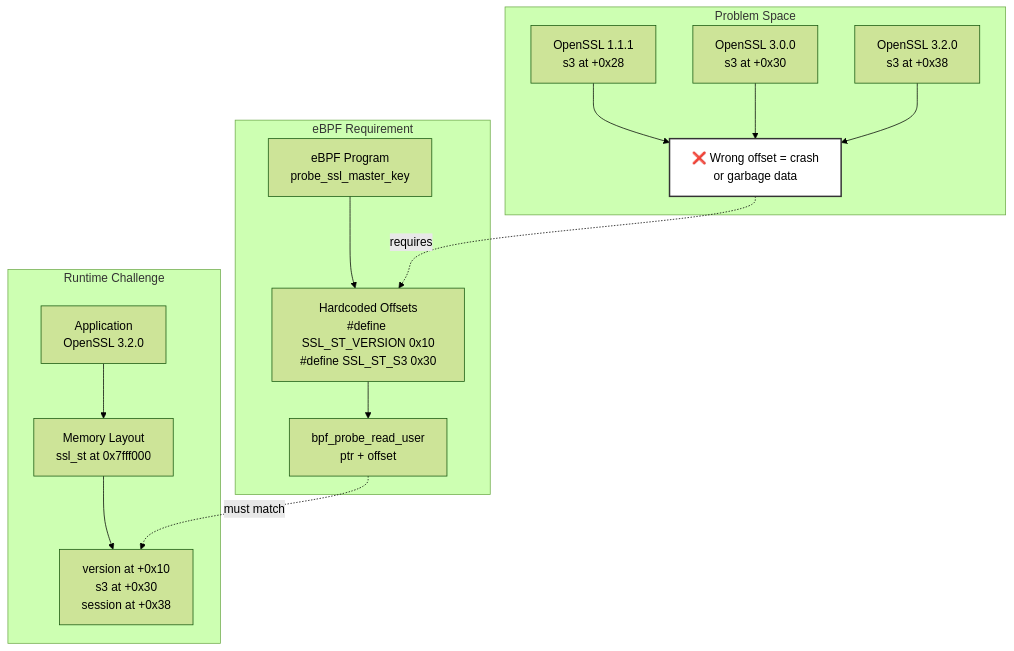
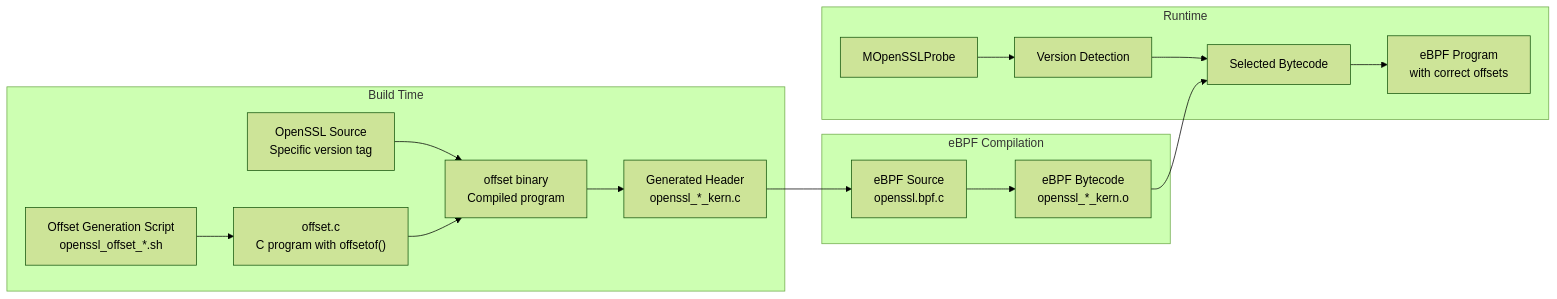
One commit to gojue/ecapture.cc changed the first of 5 diagrams in src/en/5-development-guide/5.2.2-structure-offset-calculation.md. Above: the diagram before and after it, drawn with Mermaid (forest theme). The commit also changed other lines of this file and 115 other files, not shown here.

````diff
--- a/src/en/5-development-guide/5.2.2-structure-offset-calculation.md
+++ b/src/en/5-development-guide/5.2.2-structure-offset-calculation.md
@@ -38,35 +48,34 @@
 ```mermaid
-graph TB
-    subgraph "Runtime Challenge"
-        APP["Application<br/>OpenSSL 3.2.0"]
-        MEM["Memory Layout<br/>ssl_st at 0x7fff000"]
-        FIELD["version at +0x10<br/>s3 at +0x30<br/>session at +0x38"]
+graph LR
+    subgraph "Build Time"
+        SCRIPT["Offset Generation Script<br/>openssl_offset_*.sh"]
+        OFFSET_C["offset.c<br/>C program with offsetof()"]
+        SSL_SRC["OpenSSL Source<br/>Specific version tag"]
+        OFFSET_BIN["offset binary<br/>Compiled program"]
+        HEADER["Generated Header<br/>openssl_*_kern.c"]
     end
     
-    subgraph "eBPF Requirement"
-        BPF["eBPF Program<br/>probe_ssl_master_key"]
-        OFFSET["Hardcoded Offsets<br/>#define SSL_ST_VERSION 0x10<br/>#define SSL_ST_S3 0x30"]
-        READ["bpf_probe_read_user<br/>ptr + offset"]
+    subgraph "eBPF Compilation"
+        EBPF_SRC["eBPF Source<br/>openssl.bpf.c"]
+        EBPF_OBJ["eBPF Bytecode<br/>openssl_*_kern.o"]
     end
     
-    subgraph "Problem Space"
-        V1["OpenSSL 1.1.1<br/>s3 at +0x28"]
-        V2["OpenSSL 3.0.0<br/>s3 at +0x30"]
-        V3["OpenSSL 3.2.0<br/>s3 at +0x38"]
-        MISMATCH["❌ Wrong offset = crash<br/>or garbage data"]
+    subgraph "Runtime"
+        PROBE["MOpenSSLProbe"]
+        DETECT["Version Detection"]
+        BYTECODE["Selected Bytecode"]
+        KERNEL["eBPF Program<br/>with correct offsets"]
     end
     
-    APP --> MEM
-    MEM --> FIELD
+    SCRIPT --> OFFSET_C
+    SSL_SRC --> OFFSET_BIN
+    OFFSET_C --> OFFSET_BIN
+    OFFSET_BIN --> HEADER
+    HEADER --> EBPF_SRC
+    EBPF_SRC --> EBPF_OBJ
     
-    BPF --> OFFSET
-    OFFSET --> READ
-    READ -.->|must match| FIELD
-    
-    V1 --> MISMATCH
-    V2 --> MISMATCH
-    V3 --> MISMATCH
-    MISMATCH -.->|requires| OFFSET
-    
-    style MISMATCH fill:#fff,stroke:#333,stroke-width:2px
+    PROBE --> DETECT
+    DETECT --> BYTECODE
+    EBPF_OBJ --> BYTECODE
+    BYTECODE --> KERNEL
 ```
````
